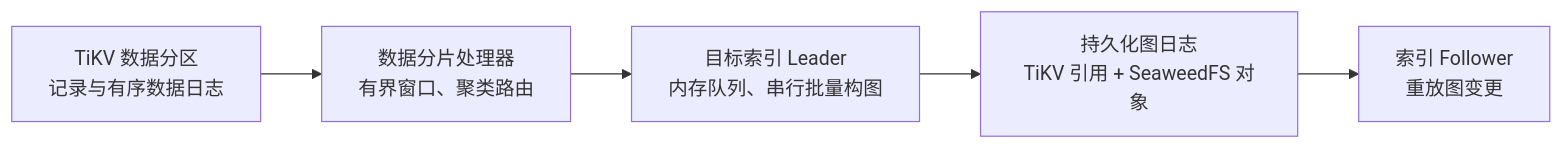
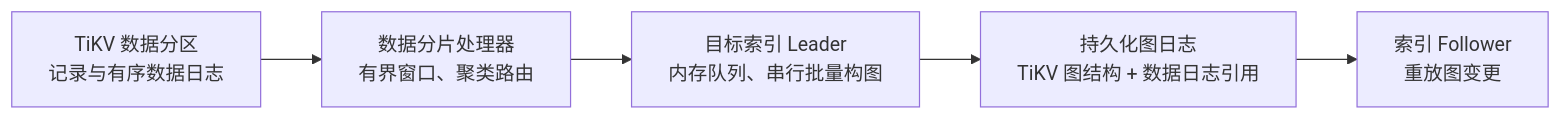
Before and after one commit to youyou-myheart/vecdb: the diagram in CLUSTER_ROUTING.md, drawn with Mermaid. The commit also changed other lines of this file and 95 other files, not shown here.

First line of the commit message:
Optimize graph replication with reference logs and leased writers

````diff
--- a/CLUSTER_ROUTING.md
+++ b/CLUSTER_ROUTING.md
@@ -7,7 +7,7 @@
 ```mermaid
 flowchart LR
     D["TiKV 数据分区<br/>记录与有序数据日志"] --> P["数据分片处理器<br/>有界窗口、聚类路由"]
     P --> I["目标索引 Leader<br/>内存队列、串行批量构图"]
-    I --> G["持久化图日志<br/>TiKV 引用 + SeaweedFS 对象"]
+    I --> G["持久化图日志<br/>TiKV 图结构 + 数据日志引用"]
     G --> F["索引 Follower<br/>重放图变更"]
 ```
````
